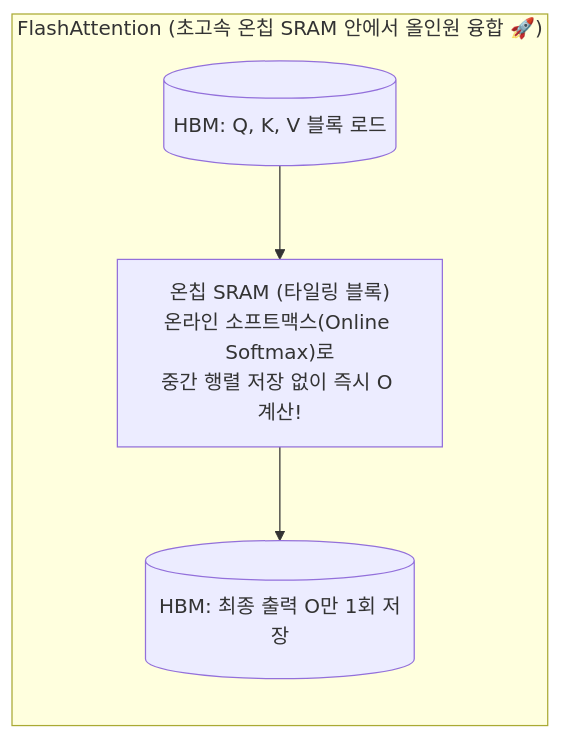
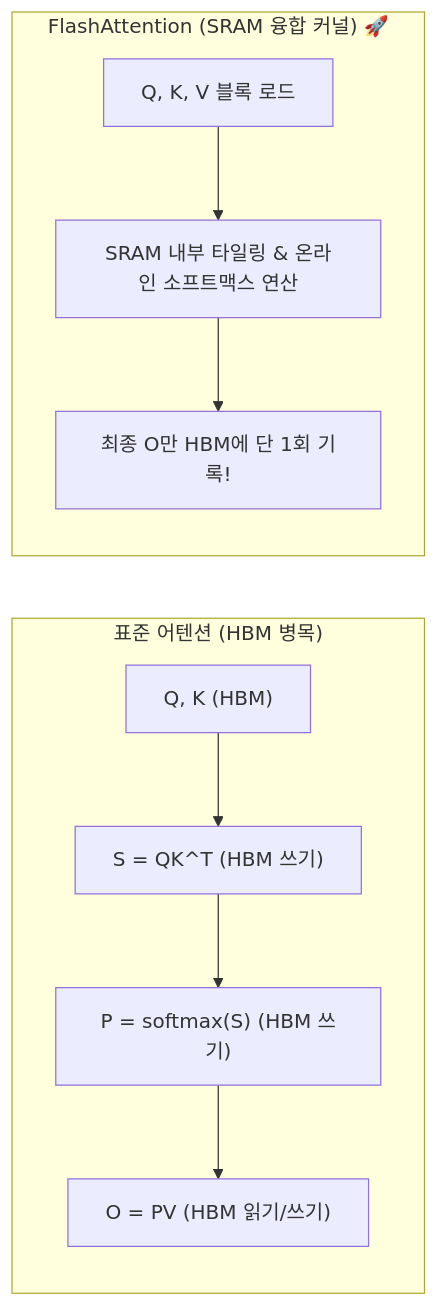
Before and after one commit to sing-u8/AI-Engineering: the third of 4 diagrams in chapter-qa/ch09-inference-optimization-qa/02-kv-cache-flashattention-and-batching.md, drawn with Mermaid. The commit also changed other lines of this file and 11 other files, not shown here.

````diff
--- a/chapter-qa/ch09-inference-optimization-qa/02-kv-cache-flashattention-and-batching.md
+++ b/chapter-qa/ch09-inference-optimization-qa/02-kv-cache-flashattention-and-batching.md
@@ -70,7 +111,12 @@
 ```mermaid
 flowchart LR
-    subgraph Flash["FlashAttention (초고속 온칩 SRAM 안에서 올인원 융합 🚀)"]
-        HBM_In[("HBM: Q, K, V 블록 로드")] --> SRAM["온칩 SRAM (타일링 블록)\n온라인 소프트맥스(Online Softmax)로\n중간 행렬 저장 없이 즉시 O 계산!"]
-        SRAM --> HBM_Out[("HBM: 최종 출력 O만 1회 저장")]
+    subgraph Standard["표준 어텐션 (HBM 병목)"]
+        Q1["Q, K (HBM)"] --> S1["S = QK^T (HBM 쓰기)"]
+        S1 --> P1["P = softmax(S) (HBM 쓰기)"]
+        P1 --> O1["O = PV (HBM 읽기/쓰기)"]
+    end
+    subgraph Flash["FlashAttention (SRAM 융합 커널) 🚀"]
+        Block["Q, K, V 블록 로드"] --> SRAM["SRAM 내부 타일링 & 온라인 소프트맥스 연산"]
+        SRAM --> Out["최종 O만 HBM에 단 1회 기록!"]
     end
 ```
````
